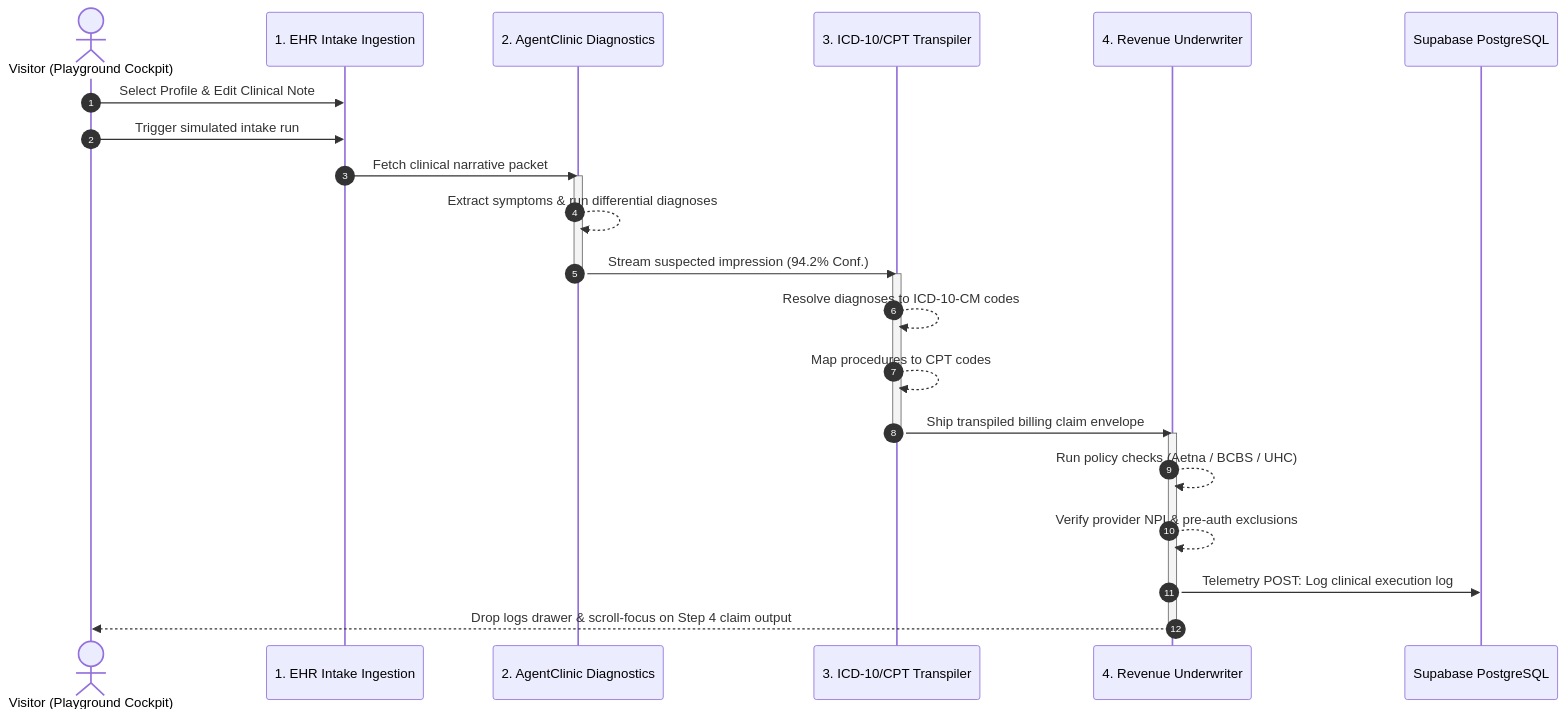
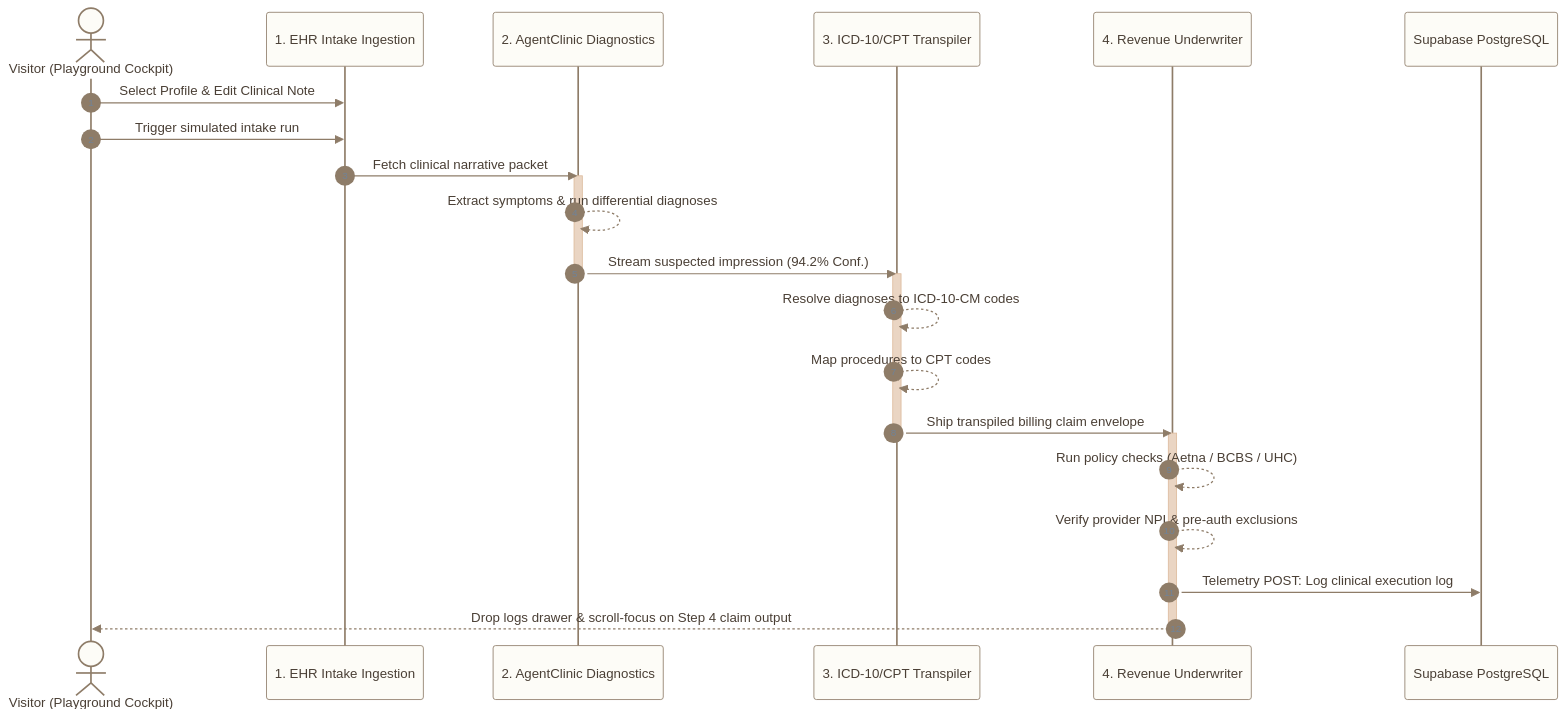
One commit to safevoice009/clinical-middleware-dashboard changed the diagram in README.md. Above: the diagram before and after it, drawn with Mermaid. The commit also changed other lines of this file, not shown here.

````diff
--- a/README.md
+++ b/README.md
@@ -55,29 +45,49 @@
 ```mermaid
+%%{init: {
+  'theme': 'base',
+  'themeVariables': {
+    'primaryColor': '#F5F2EB',
+    'primaryTextColor': '#4A3F35',
+    'primaryBorderColor': '#D0C8B8',
+    'lineColor': '#8E7C68',
+    'secondaryColor': '#EAD5C3',
+    'tertiaryColor': '#FDFCF7',
+    'actorBkg': '#FDFCF7',
+    'actorBorder': '#8E7C68',
+    'actorTextColor': '#4A3F35',
+    'signalColor': '#8E7C68',
+    'signalTextColor': '#4A3F35',
+    'labelBoxBorderColor': '#D0C8B8',
+    'labelBoxBkgColor': '#FDFCF7',
+    'labelTextColor': '#4A3F35',
+    'loopLimitWidth': 10
+  }
+}}%%
 sequenceDiagram
     autonumber
     actor User as Visitor (Playground Cockpit)
     participant EHR as 1. EHR Intake Ingestion
     participant AI as 2. AgentClinic Diagnostics
     participant Code as 3. ICD-10/CPT Transpiler
     participant Payer as 4. Revenue Underwriter
     participant DB as Supabase PostgreSQL
 
     User->>EHR: Select Profile & Edit Clinical Note
     User->>EHR: Trigger simulated intake run
     EHR->>AI: Fetch clinical narrative packet
     activate AI
     AI-->>AI: Extract symptoms & run differential diagnoses
     AI->>Code: Stream suspected impression (94.2% Conf.)
     deactivate AI
     activate Code
     Code-->>Code: Resolve diagnoses to ICD-10-CM codes
     Code-->>Code: Map procedures to CPT codes
     Code->>Payer: Ship transpiled billing claim envelope
     deactivate Code
     activate Payer
     Payer-->>Payer: Run policy checks (Aetna / BCBS / UHC)
     Payer-->>Payer: Verify provider NPI & pre-auth exclusions
     Payer->>DB: Telemetry POST: Log clinical execution log
     Payer-->>User: Drop logs drawer & scroll-focus on Step 4 claim output
     deactivate Payer
 ```
````
